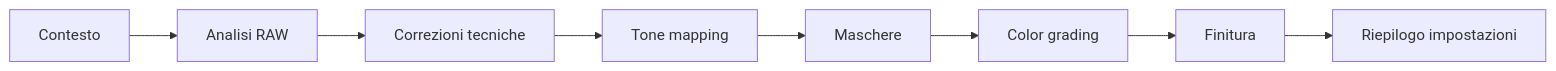
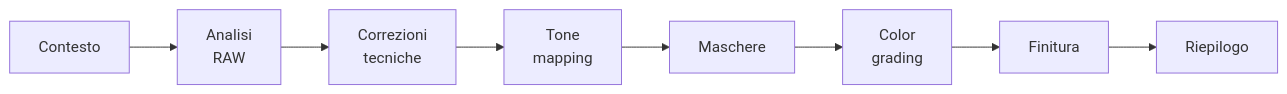
Before and after one commit to lorenzoperone/darktable-docs: the diagram in docs/workshop/index.md, drawn with Mermaid. The commit also changed 40 other files, not shown here.

First line of the commit message:
fix: reformatta diagrammi Mermaid — etichette brevi, break line, italiano

````diff
--- a/docs/workshop/index.md
+++ b/docs/workshop/index.md
@@ -45,6 +45,6 @@
 ```mermaid
 flowchart LR
-    A["Contesto"] --> B["Analisi RAW"] --> C["Correzioni tecniche"]
-    --> D["Tone mapping"] --> E["Maschere"] --> F["Color grading"]
-    --> G["Finitura"] --> H["Riepilogo impostazioni"]
+    A["Contesto"] --> B["Analisi<br/>RAW"] --> C["Correzioni<br/>tecniche"]
+    --> D["Tone<br/>mapping"] --> E["Maschere"] --> F["Color<br/>grading"]
+    --> G["Finitura"] --> H["Riepilogo"]
 ```
````
